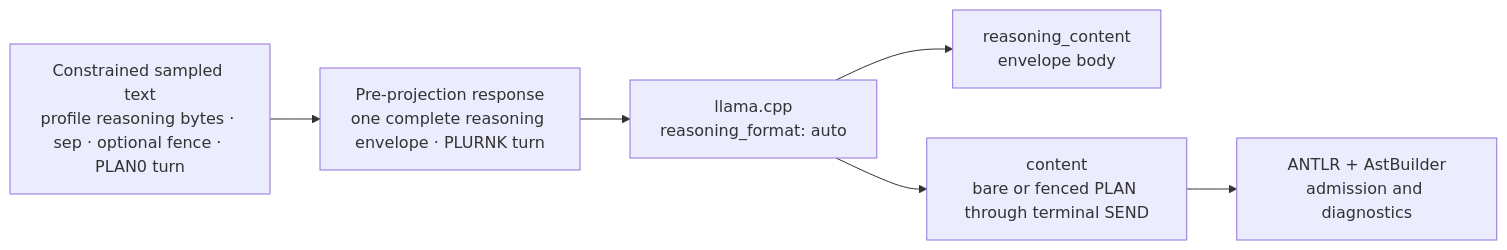
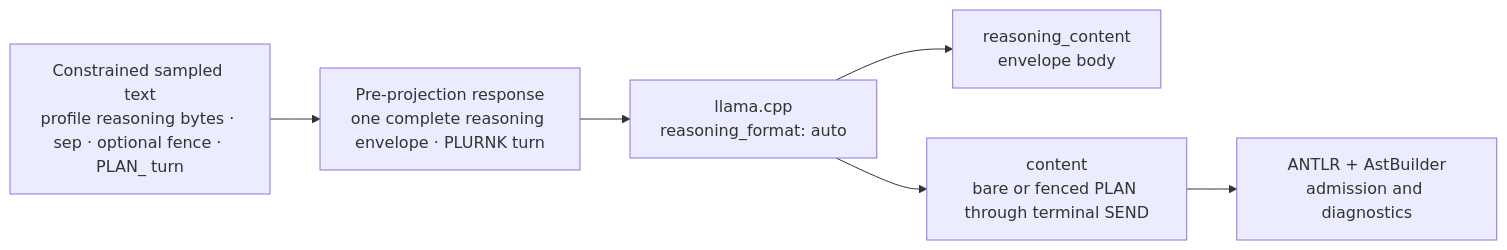
The second of 3 diagrams in plurnk-contracts/SPEC.md (plurnk/plurnk-service), drawn with Mermaid before and after one commit. The commit also changed other lines of this file and 234 other files, not shown here.

````diff
--- a/plurnk-contracts/SPEC.md
+++ b/plurnk-contracts/SPEC.md
@@ -290,14 +290,14 @@
 ```mermaid
 flowchart LR
-    sampled["Constrained sampled text<br/>profile reasoning bytes · sep · optional fence · PLAN0 turn"]
+    sampled["Constrained sampled text<br/>profile reasoning bytes · sep · optional fence · PLAN_ turn"]
     raw["Pre-projection response<br/>one complete reasoning envelope · PLURNK turn"]
     split["llama.cpp<br/>reasoning_format: auto"]
     reasoning["reasoning_content<br/>envelope body"]
     content["content<br/>bare or fenced PLAN through terminal SEND"]
     parser["ANTLR + AstBuilder<br/>admission and diagnostics"]
     sampled --> raw
     raw --> split
     split --> reasoning
     split --> content
     content --> parser
 ```
````
